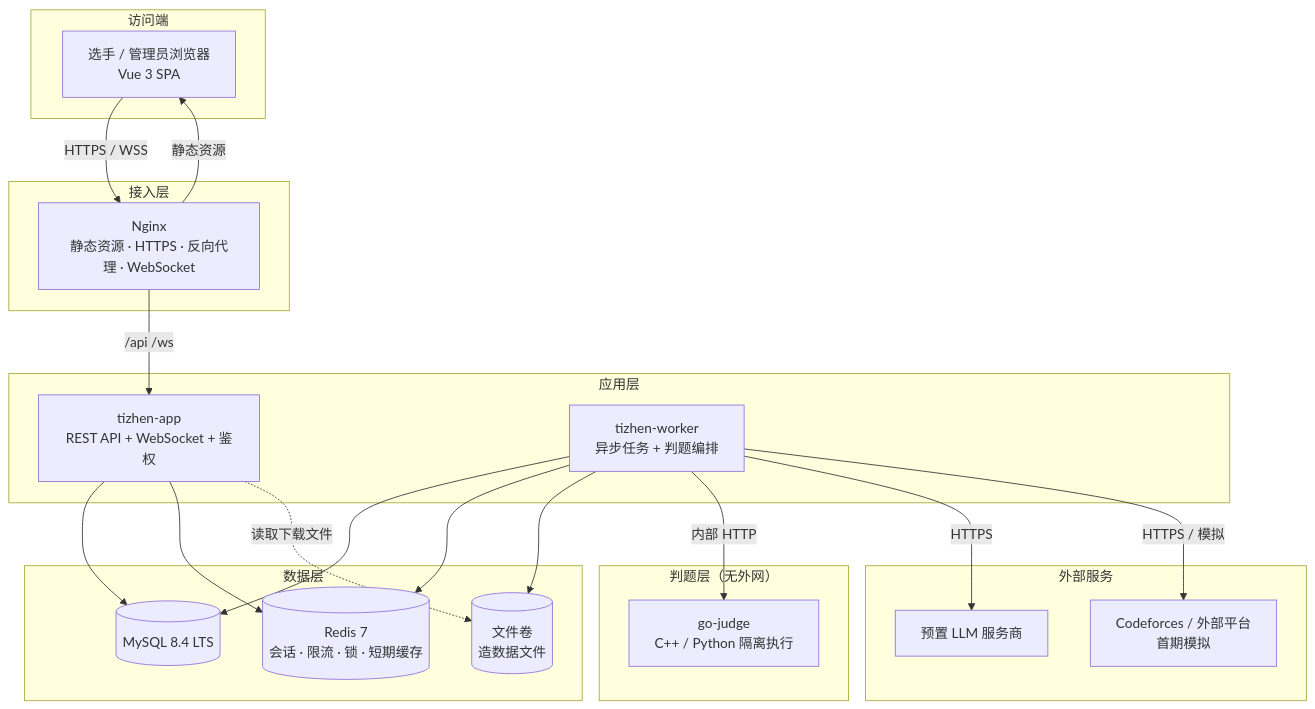
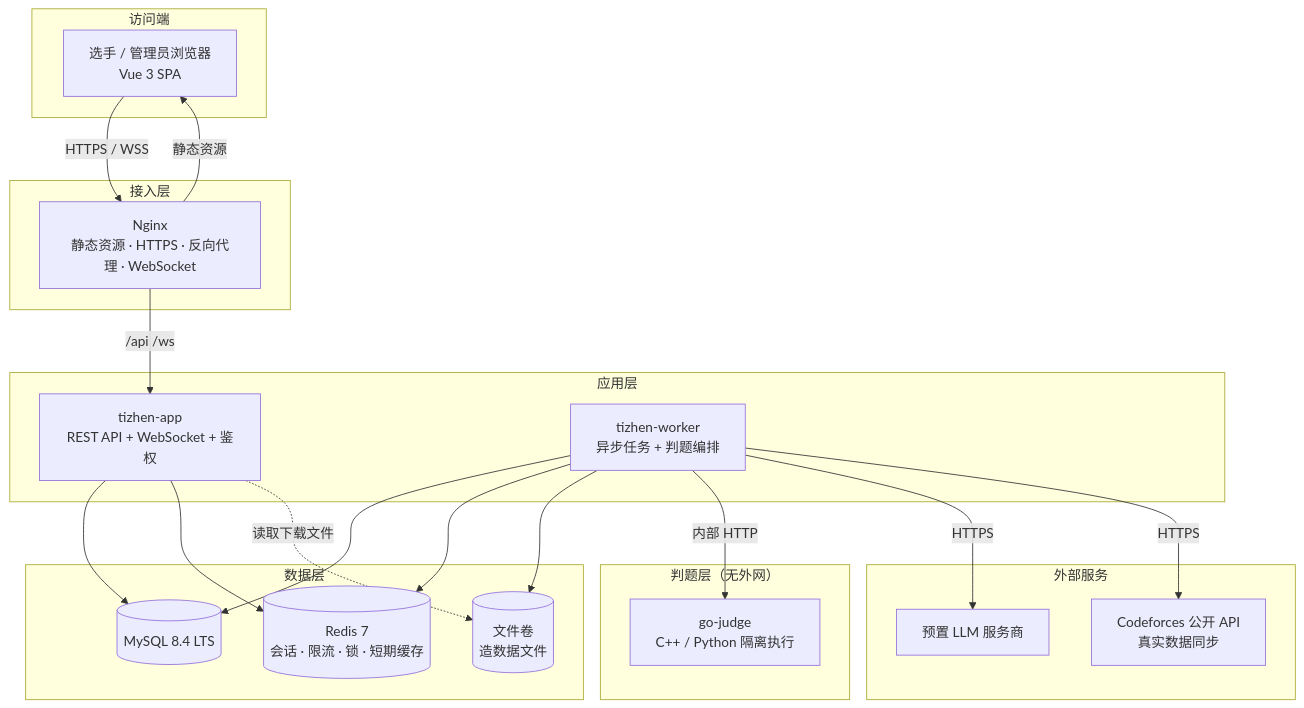
One commit to 8Today8/tizhen changed the first of 6 diagrams in docs/design/02.整体架构设计.md. Above: the diagram before and after it, drawn with Mermaid. The commit also changed other lines of this file and 326 other files, not shown here.

````diff
--- a/docs/design/02.整体架构设计.md
+++ b/docs/design/02.整体架构设计.md
@@ -242,43 +242,43 @@
 ```mermaid
 flowchart TB
   subgraph Public["访问端"]
     Browser["选手 / 管理员浏览器<br/>Vue 3 SPA"]
   end
 
   subgraph Edge["接入层"]
     Nginx["Nginx<br/>静态资源 · HTTPS · 反向代理 · WebSocket"]
   end
 
   subgraph AppZone["应用层"]
     App["tizhen-app<br/>REST API + WebSocket + 鉴权"]
     Worker["tizhen-worker<br/>异步任务 + 判题编排"]
   end
 
   subgraph DataZone["数据层"]
     RDBMS[("MySQL 8.4 LTS")]
     Redis[("Redis 7<br/>会话 · 限流 · 锁 · 短期缓存")]
     Files[("文件卷<br/>造数据文件")]
   end
 
   subgraph SandboxZone["判题层（无外网）"]
     Judge["go-judge<br/>C++ / Python 隔离执行"]
   end
 
   subgraph External["外部服务"]
     LLM["预置 LLM 服务商"]
-    CF["Codeforces / 外部平台<br/>首期模拟"]
+    CF["Codeforces 公开 API<br/>真实数据同步"]
   end
 
   Browser -->|HTTPS / WSS| Nginx
   Nginx -->|/api /ws| App
   Nginx -->|静态资源| Browser
   App --> RDBMS
   App --> Redis
   App -.->|读取下载文件| Files
   Worker --> RDBMS
   Worker --> Redis
   Worker --> Files
   Worker -->|内部 HTTP| Judge
   Worker -->|HTTPS| LLM
-  Worker -->|HTTPS / 模拟| CF
+  Worker -->|HTTPS| CF
 ```
````
